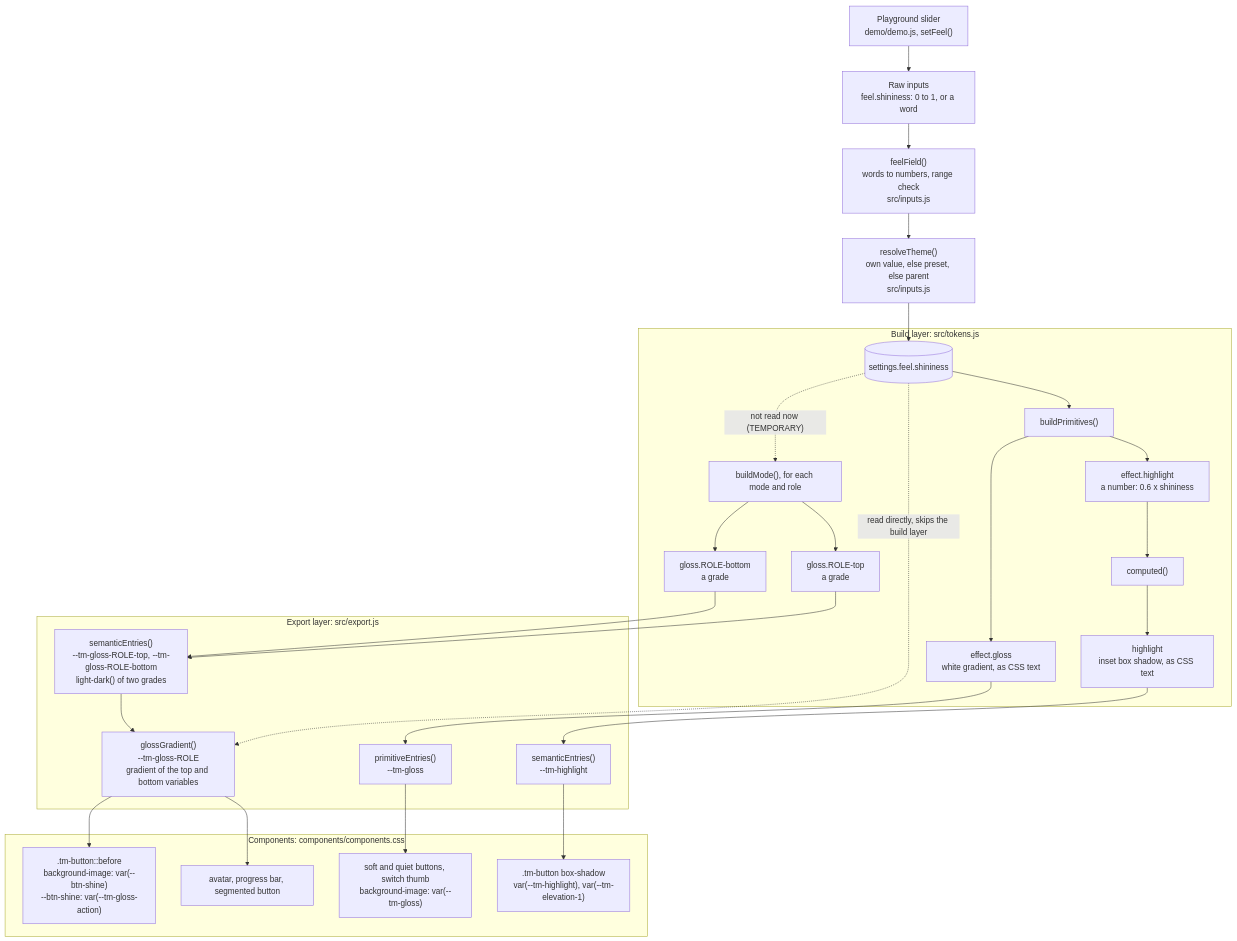
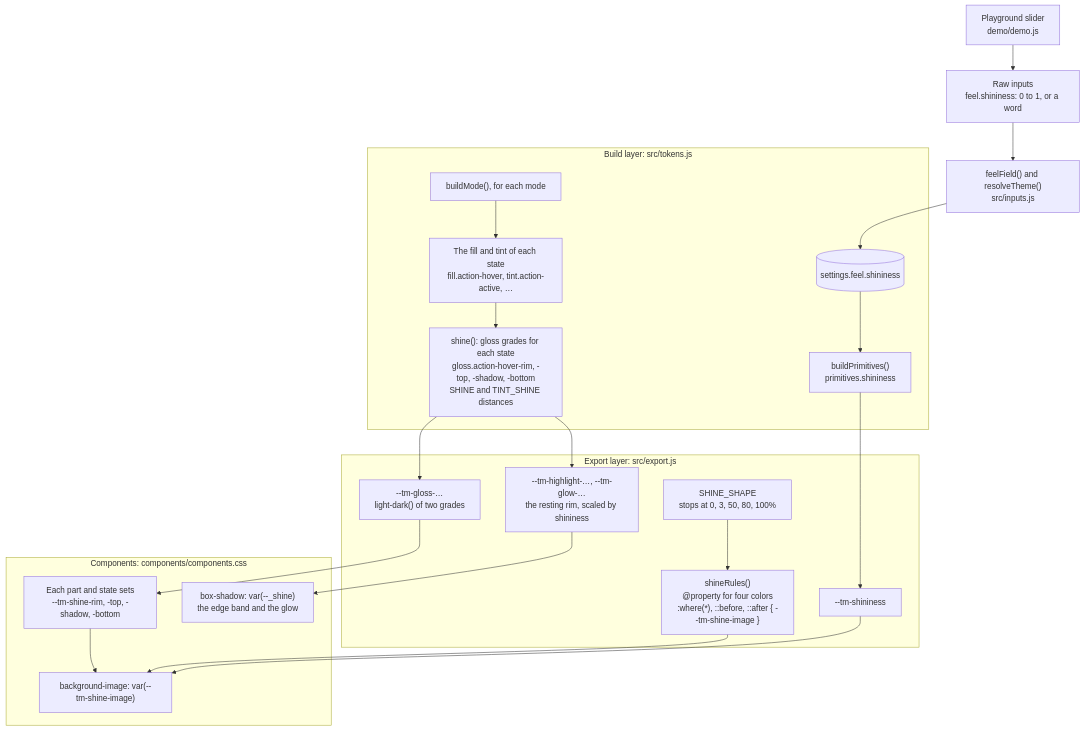
Before and after one commit to method-run/idk-themetron: the diagram in docs/shininess-flow.md, drawn with Mermaid. The commit also changed other lines of this file and 4 other files, not shown here.

````diff
--- a/docs/shininess-flow.md
+++ b/docs/shininess-flow.md
@@ -23,34 +22,27 @@
 ```mermaid
 flowchart TD
-  slider["Playground slider<br/>demo/demo.js, setFeel()"] --> raw["Raw inputs<br/>feel.shininess: 0 to 1, or a word"]
-  raw --> field["feelField()<br/>words to numbers, range check<br/>src/inputs.js"]
-  field --> resolve["resolveTheme()<br/>own value, else preset, else parent<br/>src/inputs.js"]
+  slider["Playground slider<br/>demo/demo.js"] --> raw["Raw inputs<br/>feel.shininess: 0 to 1, or a word"]
+  raw --> resolve["feelField() and resolveTheme()<br/>src/inputs.js"]
   resolve --> settings[("settings.feel.shininess")]
 
   subgraph build["Build layer: src/tokens.js"]
-    settings --> prims["buildPrimitives()"]
-    prims --> pGloss["effect.gloss<br/>white gradient, as CSS text"]
-    prims --> pHi["effect.highlight<br/>a number: 0.6 x shininess"]
-    settings -. "not read now (TEMPORARY)" .-> mode["buildMode(), for each mode and role"]
-    mode --> gTop["gloss.ROLE-top<br/>a grade"]
-    mode --> gBot["gloss.ROLE-bottom<br/>a grade"]
-    pHi --> comp["computed()"]
-    comp --> cHi["highlight<br/>inset box shadow, as CSS text"]
+    settings --> prims["buildPrimitives()<br/>primitives.shininess"]
+    mode["buildMode(), for each mode"] --> fills["The fill and tint of each state<br/>fill.action-hover, tint.action-active, …"]
+    fills --> gloss["shine(): gloss grades for each state<br/>gloss.action-hover-rim, -top, -shadow, -bottom<br/>SHINE and TINT_SHINE distances"]
   end
 
   subgraph export["Export layer: src/export.js"]
-    pGloss --> ePrim["primitiveEntries()<br/>--tm-gloss"]
-    gTop --> eSem["semanticEntries()<br/>--tm-gloss-ROLE-top, --tm-gloss-ROLE-bottom<br/>light-dark() of two grades"]
-    gBot --> eSem
-    cHi --> eHi["semanticEntries()<br/>--tm-highlight"]
-    settings -. "read directly, skips the build layer" .-> gg["glossGradient()<br/>--tm-gloss-ROLE<br/>gradient of the top and bottom variables"]
-    eSem --> gg
+    prims --> eShin["--tm-shininess"]
+    gloss --> eGloss["--tm-gloss-…<br/>light-dark() of two grades"]
+    gloss --> eHi["--tm-highlight-…, --tm-glow-…<br/>the resting rim, scaled by shininess"]
+    shape["SHINE_SHAPE<br/>stops at 0, 3, 50, 80, 100%"] --> rule["shineRules()<br/>@property for four colors<br/>:where(*), ::before, ::after { --tm-shine-image }"]
   end
 
   subgraph comps["Components: components/components.css"]
-    gg --> btn[".tm-button::before<br/>background-image: var(--btn-shine)<br/>--btn-shine: var(--tm-gloss-action)"]
-    gg --> others["avatar, progress bar, segmented button"]
-    ePrim --> soft["soft and quiet buttons, switch thumb<br/>background-image: var(--tm-gloss)"]
-    eHi --> btnShadow[".tm-button box-shadow<br/>var(--tm-highlight), var(--tm-elevation-1)"]
+    eGloss --> set["Each part and state sets<br/>--tm-shine-rim, -top, -shadow, -bottom"]
+    set --> paint["background-image: var(--tm-shine-image)"]
+    rule --> paint
+    eShin --> paint
+    eHi --> band["box-shadow: var(--_shine)<br/>the edge band and the glow"]
   end
 ```
````
